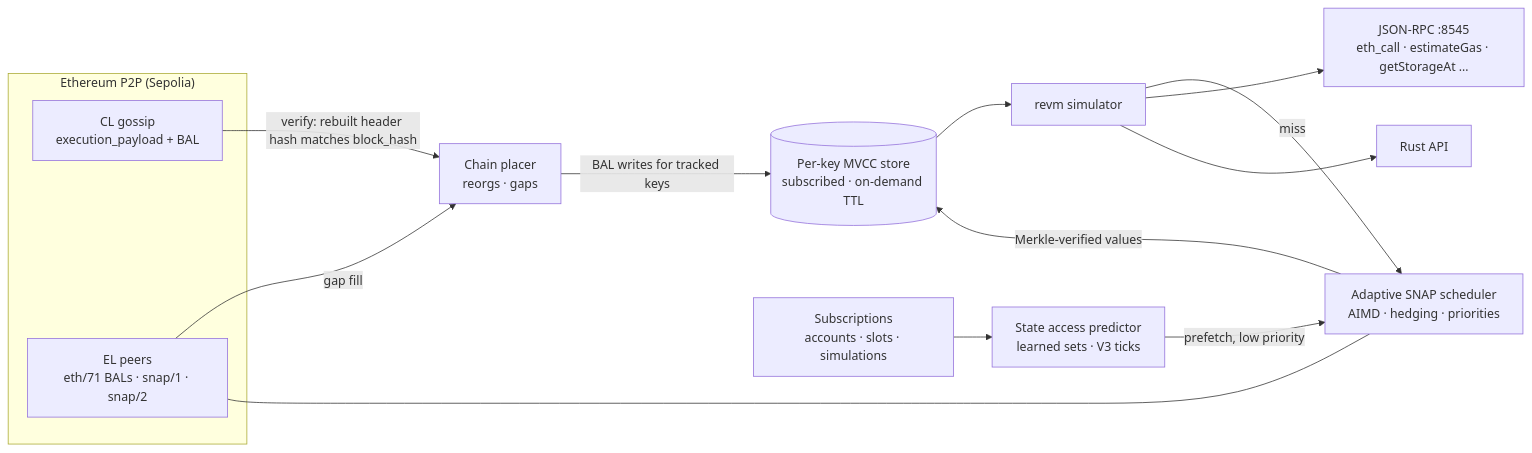
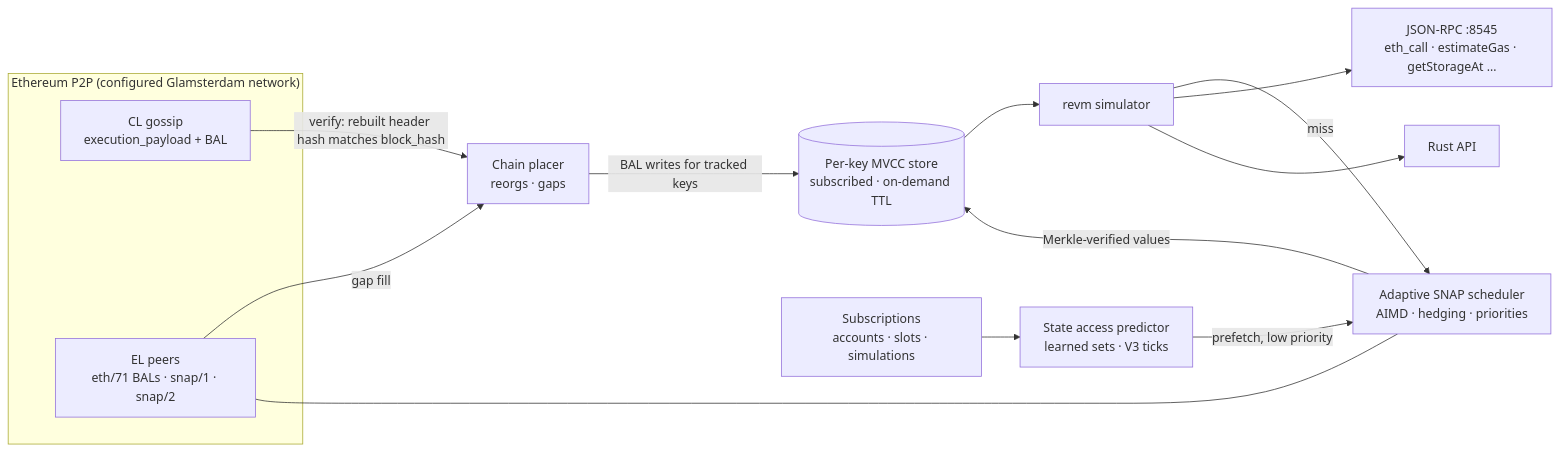
Before and after one commit to leekt/skim: the diagram in README.md, drawn with Mermaid. The commit also changed other lines of this file and 1 other file, not shown here.

````diff
--- a/README.md
+++ b/README.md
@@ -114,18 +118,18 @@
 ```mermaid
 flowchart LR
-  subgraph P2P["Ethereum P2P (Sepolia)"]
+  subgraph P2P["Ethereum P2P (configured Glamsterdam network)"]
     CL["CL gossip<br/>execution_payload + BAL"]
     EL["EL peers<br/>eth/71 BALs · snap/1 · snap/2"]
   end
   CL -->|verify: rebuilt header hash matches block_hash| CHAIN[Chain placer<br/>reorgs · gaps]
   EL -->|gap fill| CHAIN
   CHAIN -->|BAL writes for tracked keys| MVCC[(Per-key MVCC store<br/>subscribed · on-demand TTL)]
   SUB[Subscriptions<br/>accounts · slots · simulations] --> PRED[State access predictor<br/>learned sets · V3 ticks]
   PRED -->|prefetch, low priority| SCHED
   SIM[revm simulator] -->|miss| SCHED[Adaptive SNAP scheduler<br/>AIMD · hedging · priorities]
   SCHED -->|Merkle-verified values| MVCC
   EL --- SCHED
   MVCC --> SIM
   SIM --> RPC[JSON-RPC :8545<br/>eth_call · estimateGas · getStorageAt …]
   SIM --> API[Rust API]
 ```
````
